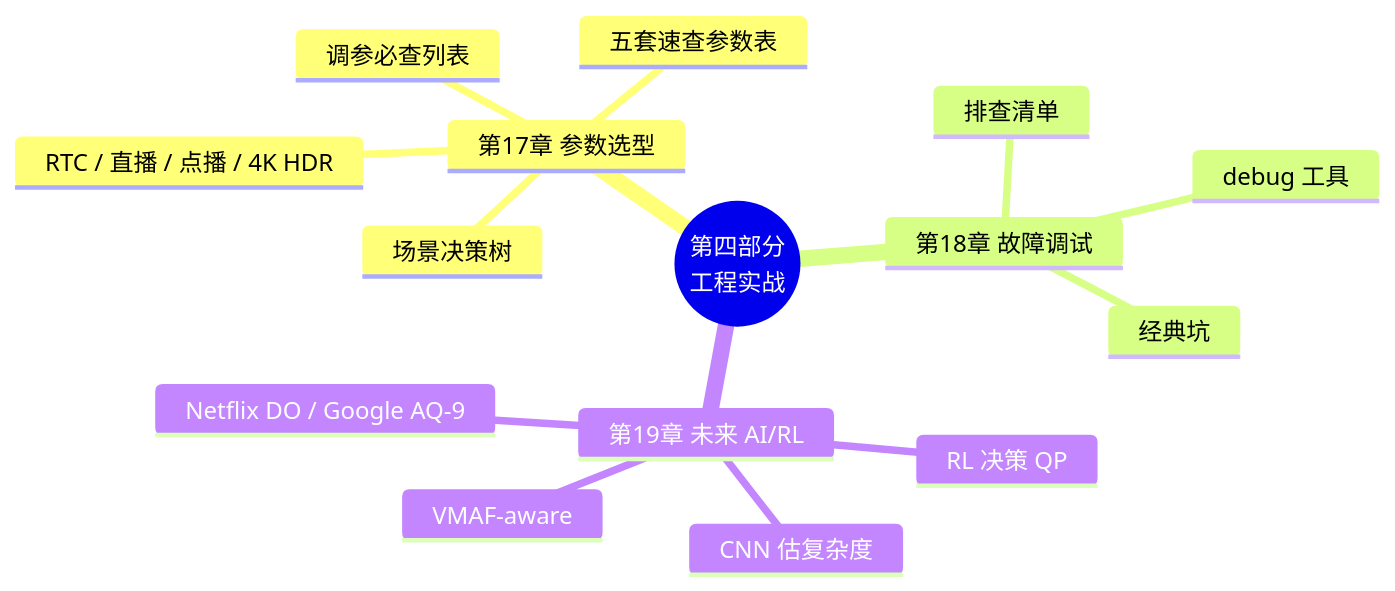
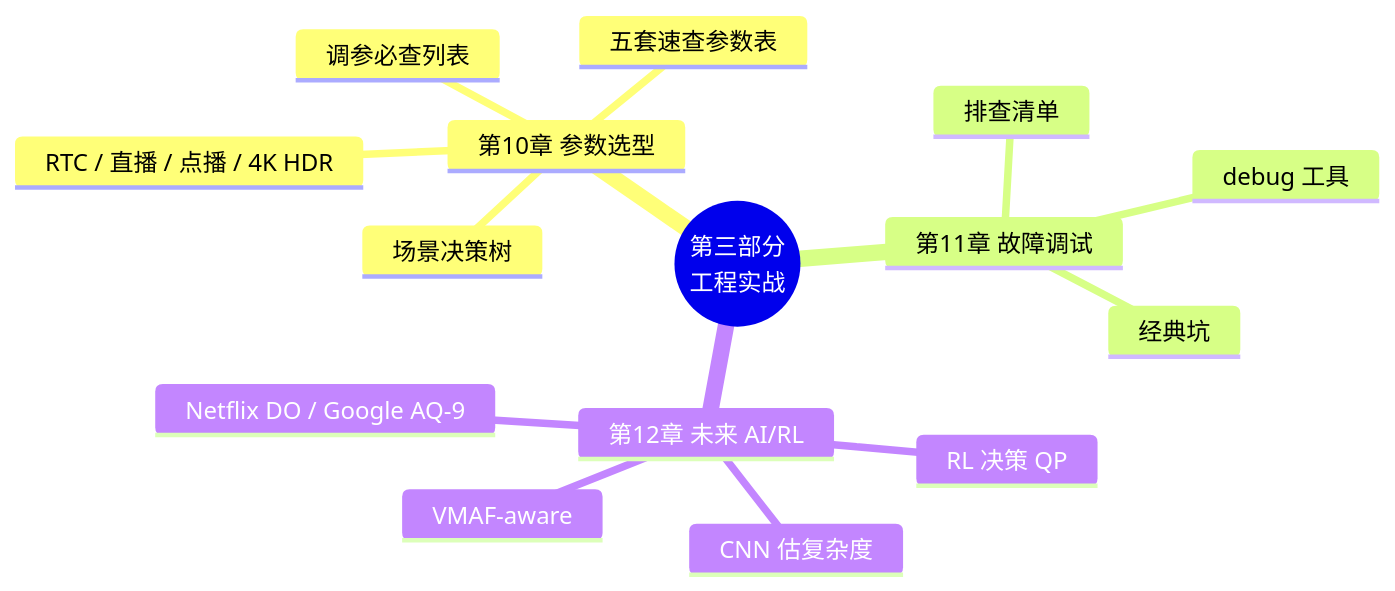
Diagram 15 of 25 in 视频编码码控深入浅出-九大开源编码器对比与统一模型.md (bertowang/StudyNotes), drawn with Mermaid before and after one commit. The commit also changed other lines of this file, not shown here.

````diff
--- a/视频编码码控深入浅出-九大开源编码器对比与统一模型.md
+++ b/视频编码码控深入浅出-九大开源编码器对比与统一模型.md
@@ -1618,18 +2662,18 @@
 ```mermaid
 mindmap
-  root((第四部分<br/>工程实战))
-    第17章 参数选型
+  root((第三部分<br/>工程实战))
+    第10章 参数选型
       场景决策树
       RTC / 直播 / 点播 / 4K HDR
       五套速查参数表
       调参必查列表
-    第18章 故障调试
+    第11章 故障调试
       排查清单
       debug 工具
       经典坑
-    第19章 未来 AI/RL
+    第12章 未来 AI/RL
       CNN 估复杂度
       RL 决策 QP
       VMAF-aware
       Netflix DO / Google AQ-9
 ```
````
